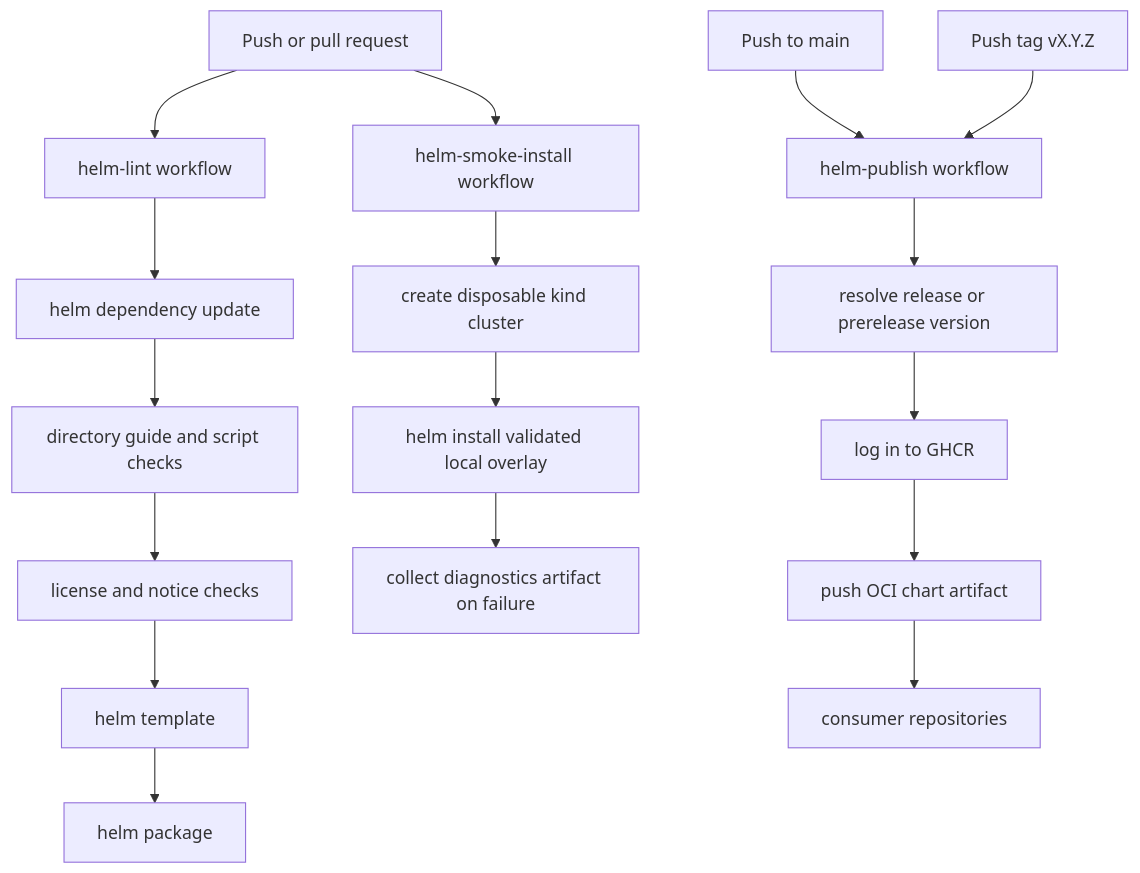
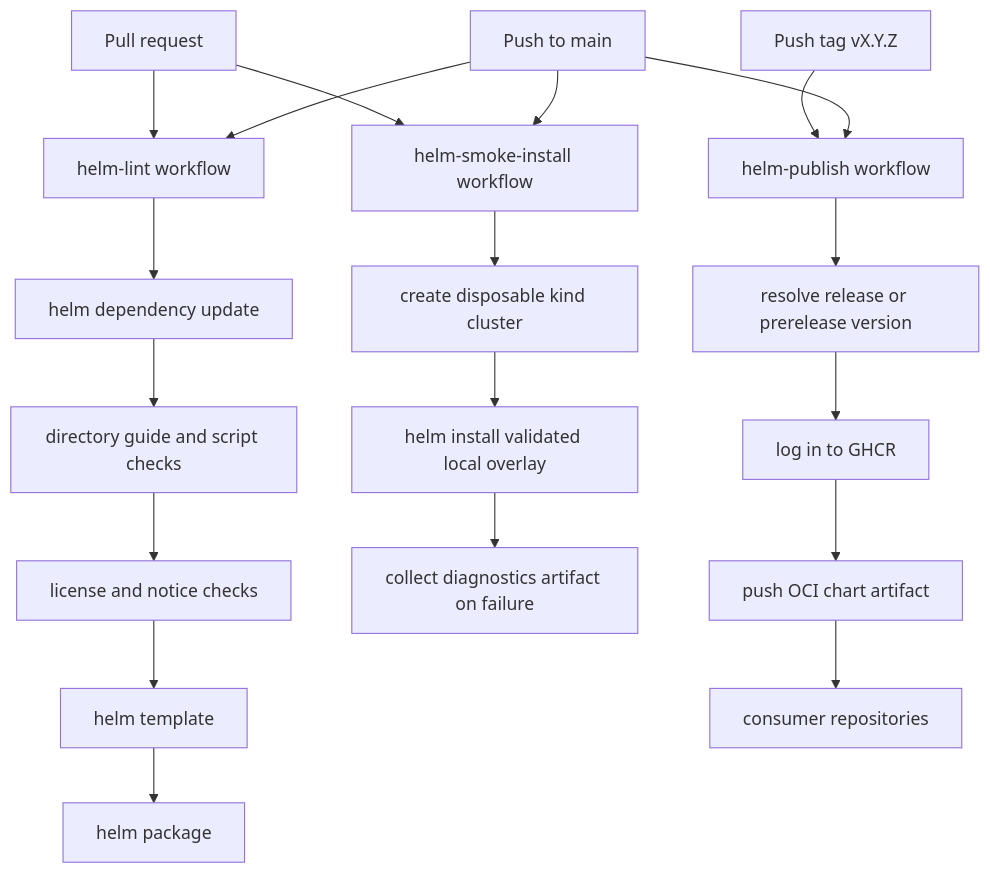
Before and after one commit to sanger-pathogens/dlh-in-a-box-umbrella-helm-chart: the diagram in .github/workflows/README.md, drawn with Mermaid. The commit also changed other lines of this file and 2 other files, not shown here.

Commit message:
Remove CI/CD duplication in pull requests

````diff
--- a/.github/workflows/README.md
+++ b/.github/workflows/README.md
@@ -15,20 +15,22 @@
 ```mermaid
 flowchart TD
-  Push[Push or pull request] --> Lint[helm-lint workflow]
-  Push --> Smoke[helm-smoke-install workflow]
+  MainPush[Push to main] --> Lint[helm-lint workflow]
+  MainPush --> Smoke[helm-smoke-install workflow]
+  MainPush --> Publish[helm-publish workflow]
+  PullRequest[Pull request] --> Lint
+  PullRequest --> Smoke
   Lint --> DependencyUpdate[helm dependency update]
   DependencyUpdate --> DocsChecks[directory guide and script checks]
   DocsChecks --> LicenseChecks[license and notice checks]
   LicenseChecks --> Render[helm template]
   Render --> Package[helm package]
   Smoke --> Kind[create disposable kind cluster]
   Kind --> Install[helm install validated local overlay]
   Install --> Diagnostics[collect diagnostics artifact on failure]
 
-  MainPush[Push to main] --> Publish[helm-publish workflow]
   TagPush[Push tag vX.Y.Z] --> Publish
   Publish --> ResolveVersion[resolve release or prerelease version]
   ResolveVersion --> GHCRLogin[log in to GHCR]
   GHCRLogin --> PushArtifact[push OCI chart artifact]
   PushArtifact --> ConsumerRepos[consumer repositories]
 ```
````
